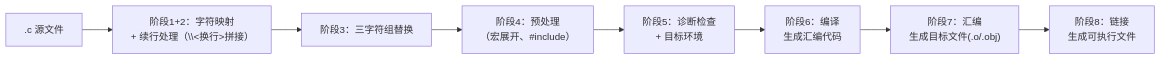
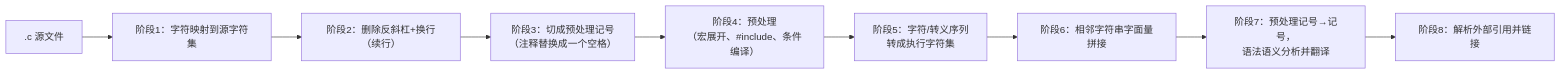
Before and after one commit to before80/prgms: the second of 5 diagrams in content/C/basic/Chapter-03-Basic-Program-Structure.md, drawn with Mermaid. The commit also changed other lines of this file and 4787 other files, not shown here.

````diff
--- a/content/C/basic/Chapter-03-Basic-Program-Structure.md
+++ b/content/C/basic/Chapter-03-Basic-Program-Structure.md
@@ -356,10 +369,11 @@
 ```mermaid
 flowchart LR
-    A[".c 源文件"] --> B["阶段1+2：字符映射\n+ 续行处理（\\<换行>拼接）"]
-    B --> C["阶段3：三字符组替换"]
-    C --> D["阶段4：预处理\n（宏展开、#include）"]
-    D --> E["阶段5：诊断检查\n+ 目标环境"]
-    E --> F["阶段6：编译\n生成汇编代码"]
-    F --> G["阶段7：汇编\n生成目标文件(.o/.obj)"]
-    G --> H["阶段8：链接\n生成可执行文件"]
+    A[".c 源文件"] --> B["阶段1：字符映射到源字符集"]
+    B --> C["阶段2：删除反斜杠+换行（续行）"]
+    C --> D["阶段3：切成预处理记号\n（注释替换成一个空格）"]
+    D --> E["阶段4：预处理\n（宏展开、#include、条件编译）"]
+    E --> F["阶段5：字符/转义序列\n转成执行字符集"]
+    F --> G["阶段6：相邻字符串字面量拼接"]
+    G --> H["阶段7：预处理记号→记号，\n语法语义分析并翻译"]
+    H --> I["阶段8：解析外部引用并链接"]
 ```
````
